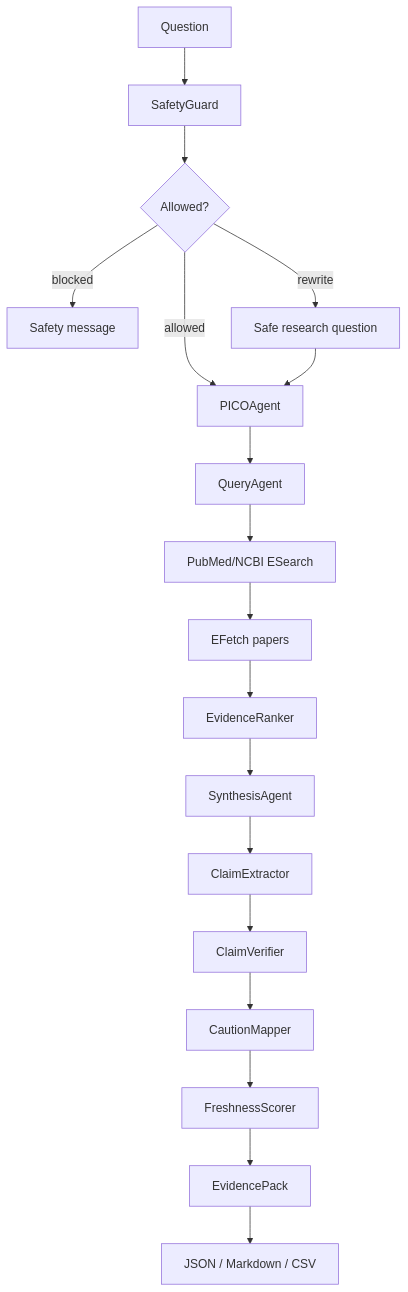
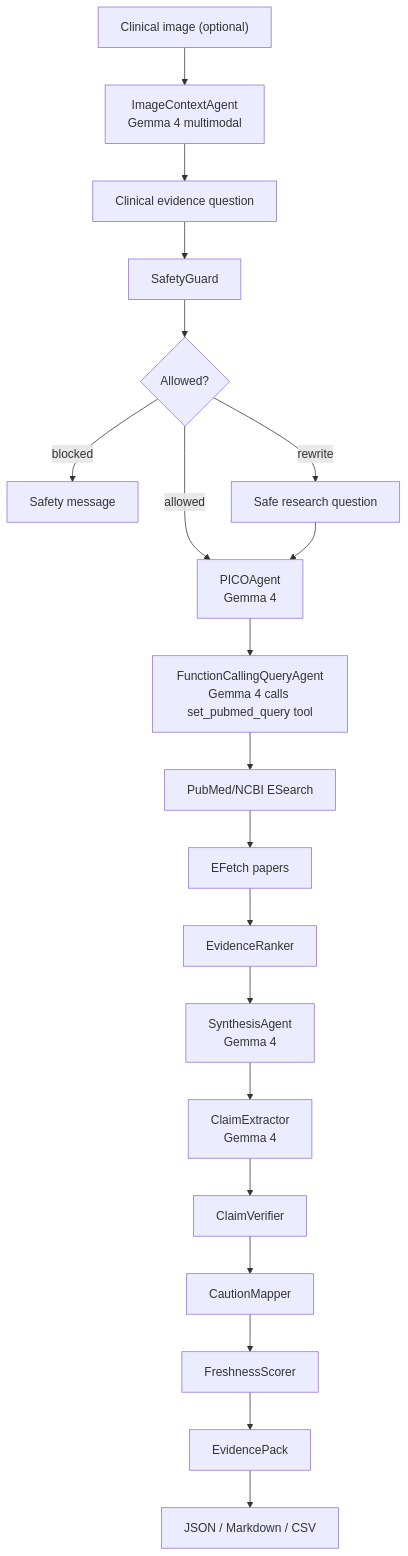
The first of 2 diagrams in docs/architecture.md (sfnc01/veritasclin-gemma4), drawn with Mermaid before and after one commit. The commit also changed other lines of this file and 2 other files, not shown here.

Commit message:
docs: update architecture, demo script, and submission checklist
architecture.md:
- Flowchart: add ImageContextAgent (Gemma 4 multimodal), rename
  QueryAgent → FunctionCallingQueryAgent (Gemma 4 function calling),
  label SynthesisAgent, PICOAgent, and ClaimExtractor as Gemma 4 steps
- Module table: add image_context_agent and function_calling_query_agent
  entries; clarify synthesis_agent calls Gemma 4

demo_script.md:
- Build Pack section: mention ALLOWED safety badge and pipeline step list
- Evidence Pack section: name the six actual UI tabs (Pack Summary,
  PICO & Query, Evidence Map, Claim Ledger, Caution Map, Exports) and
  describe what each tab shows, including query method badge

submission_checklist.md:
- Update test count 35→39
- Mark example Evidence Pack JSON as complete (3 real packs in examples/)

````diff
--- a/docs/architecture.md
+++ b/docs/architecture.md
@@ -7,20 +7,22 @@
 ```mermaid
 flowchart TD
-  A["Question"] --> B["SafetyGuard"]
+  IMG["Clinical image (optional)"] --> ICA["ImageContextAgent\nGemma 4 multimodal"]
+  A["Clinical evidence question"] --> B["SafetyGuard"]
+  ICA --> A
   B --> C{"Allowed?"}
   C -- "blocked" --> D["Safety message"]
   C -- "rewrite" --> E["Safe research question"]
-  C -- "allowed" --> F["PICOAgent"]
+  C -- "allowed" --> F["PICOAgent\nGemma 4"]
   E --> F
-  F --> G["QueryAgent"]
+  F --> G["FunctionCallingQueryAgent\nGemma 4 calls set_pubmed_query tool"]
   G --> H["PubMed/NCBI ESearch"]
   H --> I["EFetch papers"]
   I --> J["EvidenceRanker"]
-  J --> K["SynthesisAgent"]
-  K --> L["ClaimExtractor"]
+  J --> K["SynthesisAgent\nGemma 4"]
+  K --> L["ClaimExtractor\nGemma 4"]
   L --> M["ClaimVerifier"]
   M --> N["CautionMapper"]
   N --> O["FreshnessScorer"]
   O --> P["EvidencePack"]
   P --> Q["JSON / Markdown / CSV"]
 ```
````
